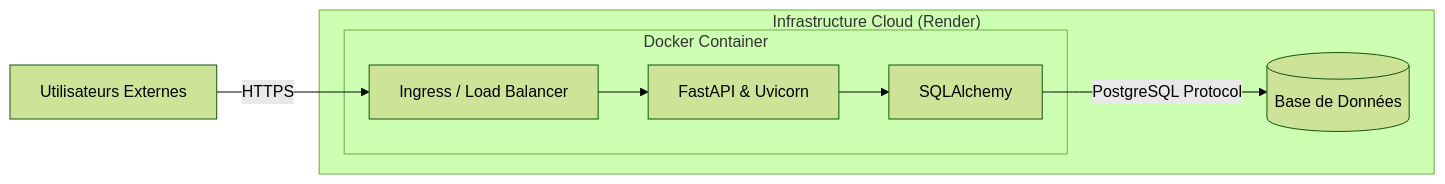
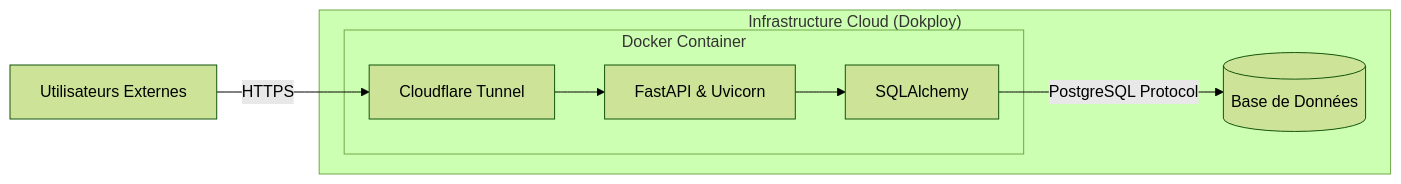
The diagram in docs/05-infrastructure-deploiement.md (smt197/fitness-221-api), drawn with Mermaid (forest theme) before and after one commit. The commit also changed other lines of this file and 3 other files, not shown here.

````diff
--- a/docs/05-infrastructure-deploiement.md
+++ b/docs/05-infrastructure-deploiement.md
@@ -16,12 +16,12 @@
 ```mermaid
 graph LR
-    User[Utilisateurs Externes] -- HTTPS --> Render[Ingress / Load Balancer]
+    User[Utilisateurs Externes] -- HTTPS --> CF[Cloudflare Tunnel]
     
-    subgraph "Infrastructure Cloud (Render)"
+    subgraph "Infrastructure Cloud (Dokploy)"
         subgraph "Docker Container"
-            Render --> App["FastAPI & Uvicorn"]
+            CF --> App["FastAPI & Uvicorn"]
             App --> SQLA[SQLAlchemy]
         end
         SQLA -- PostgreSQL Protocol --> DB[(Base de Données)]
     end
 ```
````
